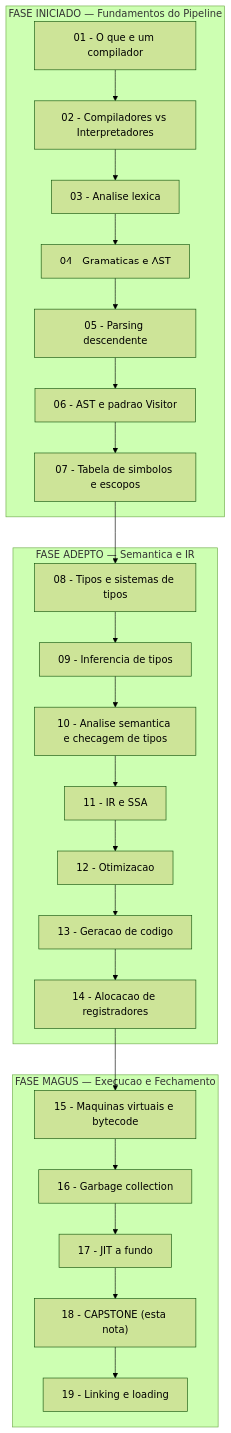
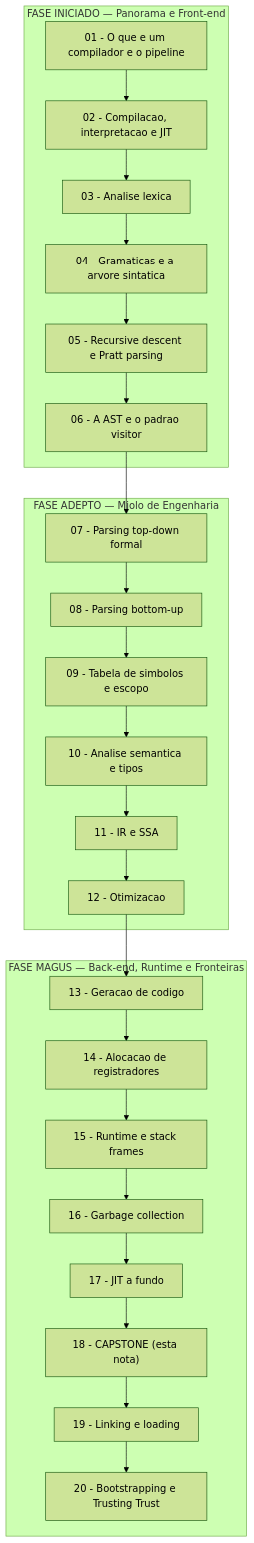
The sixth of 6 diagrams in 03-Dominios/Fundamentos/Compiladores e Linguagens/18 - Capstone - compiladores na vida do dev.md (josenaldo/codex-technomanticus), drawn with Mermaid (forest theme) before and after one commit. The commit also changed other lines of this file and 2 other files, not shown here.

Commit message:
fix(fundamentos): QA de wikilinks do galho Compiladores — corrige links quebrados e o mapa do galho do capstone
- nota 02: link de classes de vulnerabilidade apontava p/ Segurança 12 (inexistente) → 16
- nota 14: link de hierarquia de memória apontava p/ 'Org. de Computadores/08' (pasta+nota errados) → 'Organização de Computadores/11 - Hierarquia de memória e localidade'
- nota 18 (capstone): mapa do galho tinha roster ALUCINADO (07 como tabela de símbolos, 08 como tipos, 15 como VMs, só 19 notas) → reescrito com os 20 nomes reais nas 3 fases; removidos [[...]] embutidos em rótulos Mermaid (3 diagramas) que renderizavam como texto literal com acentos quebrados — os links ficam na seção Conexões

````diff
--- a/03-Dominios/Fundamentos/Compiladores e Linguagens/18 - Capstone - compiladores na vida do dev.md
+++ b/03-Dominios/Fundamentos/Compiladores e Linguagens/18 - Capstone - compiladores na vida do dev.md
@@ -354,34 +354,35 @@
 ```mermaid
 flowchart TD
-    subgraph Iniciado["FASE INICIADO — Fundamentos do Pipeline"]
-        N01["01 - O que e um compilador"]
-        N02["02 - Compiladores vs Interpretadores"]
+    subgraph Iniciado["FASE INICIADO — Panorama e Front-end"]
+        N01["01 - O que e um compilador e o pipeline"]
+        N02["02 - Compilacao, interpretacao e JIT"]
         N03["03 - Analise lexica"]
-        N04["04 - Gramaticas e AST"]
-        N05["05 - Parsing descendente"]
-        N06["06 - AST e padrao Visitor"]
-        N07["07 - Tabela de simbolos e escopos"]
+        N04["04 - Gramaticas e a arvore sintatica"]
+        N05["05 - Recursive descent e Pratt parsing"]
+        N06["06 - A AST e o padrao visitor"]
     end
 
-    subgraph Adepto["FASE ADEPTO — Semantica e IR"]
-        N08["08 - Tipos e sistemas de tipos"]
-        N09["09 - Inferencia de tipos"]
-        N10["10 - Analise semantica e checagem de tipos"]
+    subgraph Adepto["FASE ADEPTO — Miolo de Engenharia"]
+        N07["07 - Parsing top-down formal"]
+        N08["08 - Parsing bottom-up"]
+        N09["09 - Tabela de simbolos e escopo"]
+        N10["10 - Analise semantica e tipos"]
         N11["11 - IR e SSA"]
         N12["12 - Otimizacao"]
+    end
+
+    subgraph Magus["FASE MAGUS — Back-end, Runtime e Fronteiras"]
         N13["13 - Geracao de codigo"]
         N14["14 - Alocacao de registradores"]
-    end
-
-    subgraph Magus["FASE MAGUS — Execucao e Fechamento"]
-        N15["15 - Maquinas virtuais e bytecode"]
+        N15["15 - Runtime e stack frames"]
         N16["16 - Garbage collection"]
         N17["17 - JIT a fundo"]
         N18["18 - CAPSTONE (esta nota)"]
         N19["19 - Linking e loading"]
+        N20["20 - Bootstrapping e Trusting Trust"]
     end
 
-    N01 --> N02 --> N03 --> N04 --> N05 --> N06 --> N07
-    N07 --> N08 --> N09 --> N10 --> N11 --> N12 --> N13 --> N14
-    N14 --> N15 --> N16 --> N17 --> N18 --> N19
+    N01 --> N02 --> N03 --> N04 --> N05 --> N06
+    N06 --> N07 --> N08 --> N09 --> N10 --> N11 --> N12
+    N12 --> N13 --> N14 --> N15 --> N16 --> N17 --> N18 --> N19 --> N20
 ```
````
